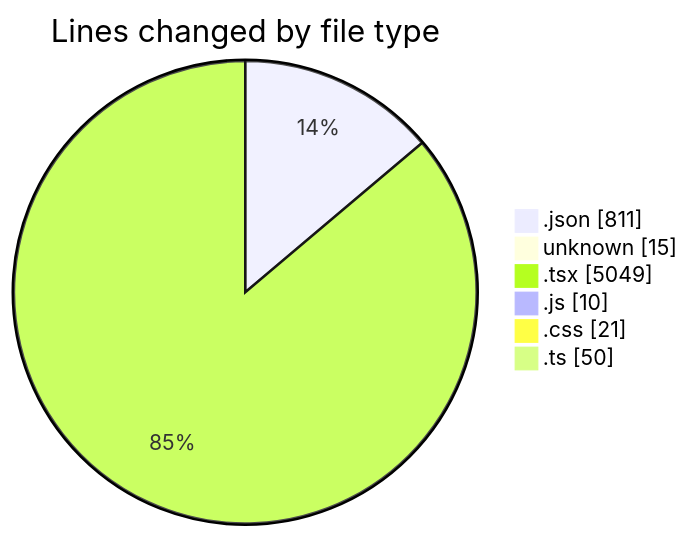
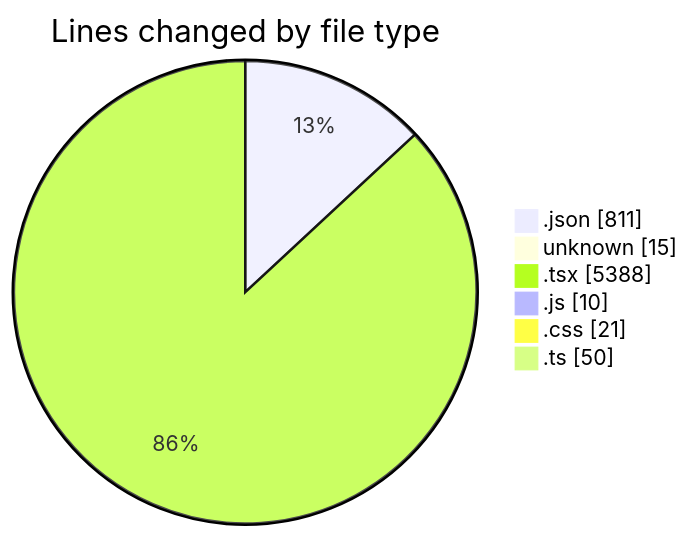
One commit to Elitesun/code-tracking changed the first of 2 diagrams in 2025-05-02/niten/README.md. Above: the diagram before and after it, drawn with Mermaid. The commit also changed other lines of this file and 1 other file, not shown here.

````diff
--- a/2025-05-02/niten/README.md
+++ b/2025-05-02/niten/README.md
@@ -70,10 +70,10 @@
 ```mermaid
 pie showData
 title Lines changed by file type
 ".json" : 811
 "unknown" : 15
-".tsx" : 5049
+".tsx" : 5388
 ".js" : 10
 ".css" : 21
 ".ts" : 50
 ```
````
